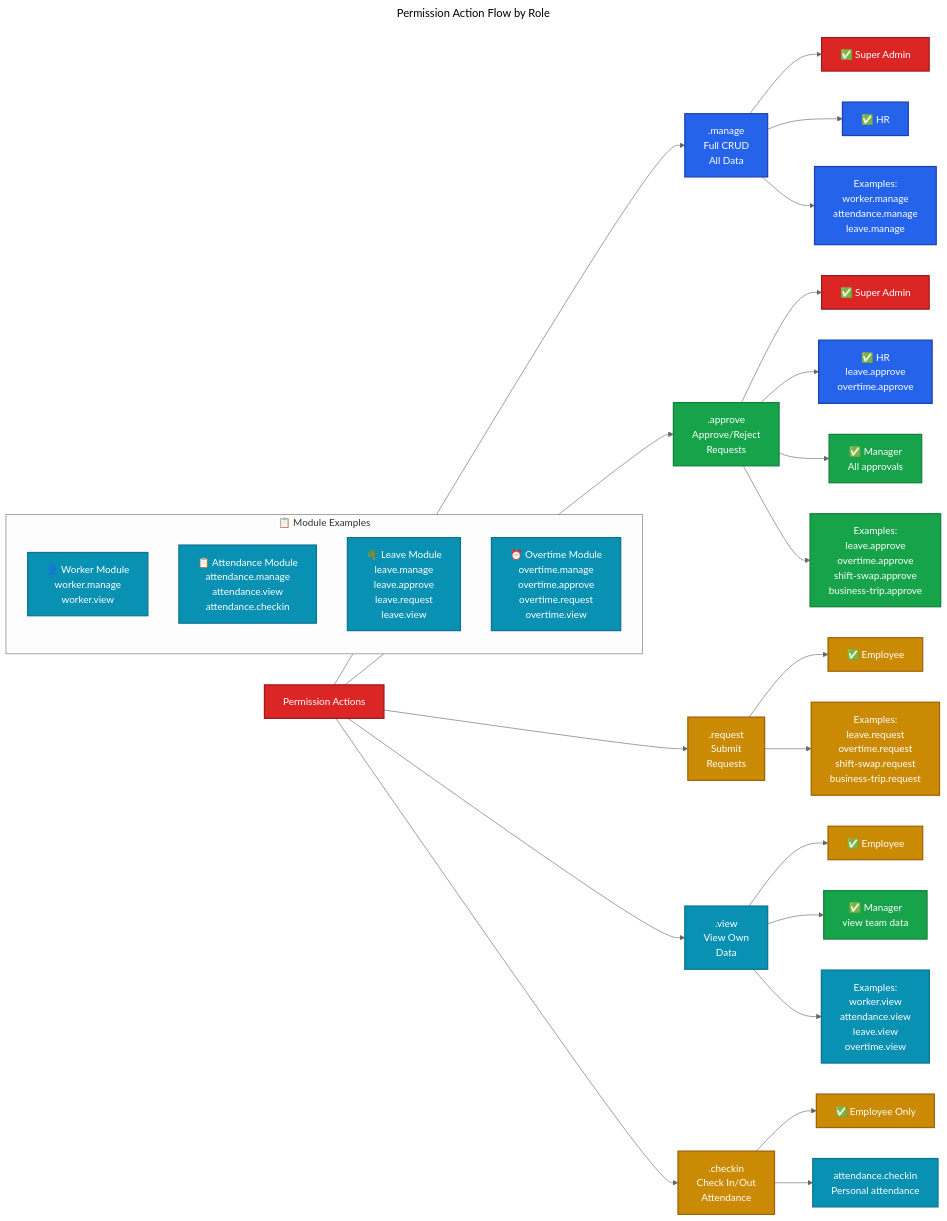
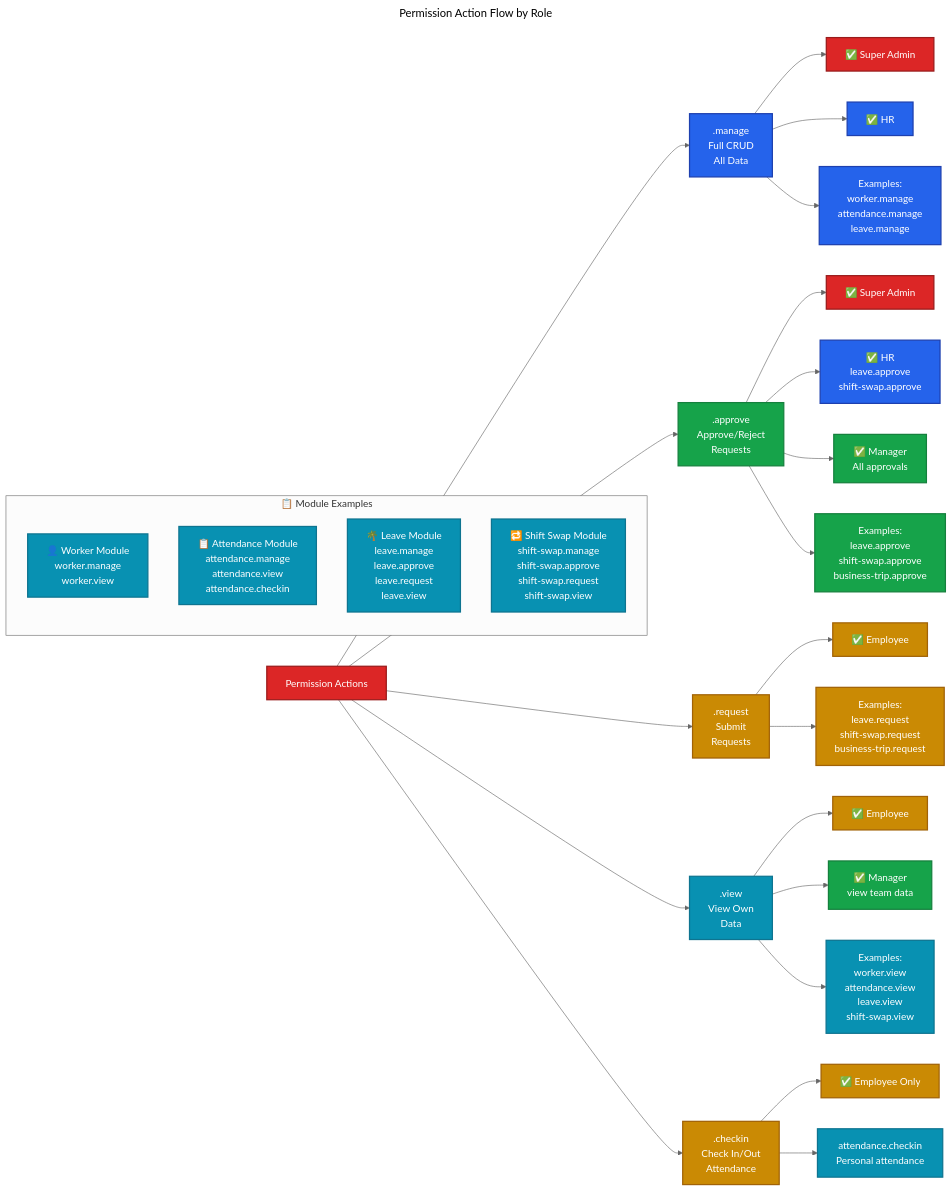
The diagram in docs/permission-actions.mermaid (SulaimanHafi23/SimpegRSHDI), drawn with Mermaid (neutral theme) before and after one commit. The commit also changed 183 other files, not shown here.

First line of the commit message:
feat(ui): standarisasi approval flow, gabungkan kalender ke jadwal, dan rapikan modul employee

````diff
--- a/docs/permission-actions.mermaid
+++ b/docs/permission-actions.mermaid
@@ -1,51 +1,51 @@
 ```mermaid
 ---
 title: Permission Action Flow by Role
 ---
 flowchart LR
     %% Styles
     classDef admin fill:#dc2626,stroke:#991b1b,color:#fff,stroke-width:2px
     classDef manage fill:#2563eb,stroke:#1e40af,color:#fff,stroke-width:2px
     classDef approve fill:#16a34a,stroke:#15803d,color:#fff,stroke-width:2px
     classDef request fill:#ca8a04,stroke:#a16207,color:#fff,stroke-width:2px
     classDef view fill:#0891b2,stroke:#0e7490,color:#fff,stroke-width:2px
-    
+
     %% Permission Actions
     START["Permission Actions"]:::admin
-    
+
     %% Five Main Actions
     START --> MANAGE[".manage<br/>Full CRUD<br/>All Data"]:::manage
     START --> APPROVE[".approve<br/>Approve/Reject<br/>Requests"]:::approve
     START --> REQUEST[".request<br/>Submit<br/>Requests"]:::request
     START --> VIEW[".view<br/>View Own<br/>Data"]:::view
     START --> CHECKIN[".checkin<br/>Check In/Out<br/>Attendance"]:::request
-    
+
     %% Who Can Use Each Action
     MANAGE --> M_SA["✅ Super Admin"]:::admin
     MANAGE --> M_HR["✅ HR"]:::manage
     MANAGE --> M_NOTE["Examples:<br/>worker.manage<br/>attendance.manage<br/>leave.manage"]:::manage
-    
+
     APPROVE --> A_SA["✅ Super Admin"]:::admin
-    APPROVE --> A_HR["✅ HR<br/>leave.approve<br/>overtime.approve"]:::manage
+    APPROVE --> A_HR["✅ HR<br/>leave.approve<br/>shift-swap.approve"]:::manage
     APPROVE --> A_MGR["✅ Manager<br/>All approvals"]:::approve
-    APPROVE --> A_NOTE["Examples:<br/>leave.approve<br/>overtime.approve<br/>shift-swap.approve<br/>business-trip.approve"]:::approve
-    
+    APPROVE --> A_NOTE["Examples:<br/>leave.approve<br/>shift-swap.approve<br/>business-trip.approve"]:::approve
+
     REQUEST --> R_EMP["✅ Employee"]:::request
-    REQUEST --> R_NOTE["Examples:<br/>leave.request<br/>overtime.request<br/>shift-swap.request<br/>business-trip.request"]:::request
-    
+    REQUEST --> R_NOTE["Examples:<br/>leave.request<br/>shift-swap.request<br/>business-trip.request"]:::request
+
     VIEW --> V_EMP["✅ Employee"]:::request
     VIEW --> V_MGR["✅ Manager<br/>view team data"]:::approve
-    VIEW --> V_NOTE["Examples:<br/>worker.view<br/>attendance.view<br/>leave.view<br/>overtime.view"]:::view
-    
+    VIEW --> V_NOTE["Examples:<br/>worker.view<br/>attendance.view<br/>leave.view<br/>shift-swap.view"]:::view
+
     CHECKIN --> C_EMP["✅ Employee Only"]:::request
     CHECKIN --> C_NOTE["attendance.checkin<br/>Personal attendance"]:::view
-    
+
     %% Module Examples
     subgraph EXAMPLES["📋 Module Examples"]
         direction TB
         EX_WORKER["👤 Worker Module<br/>worker.manage<br/>worker.view"]:::view
         EX_ATT["📋 Attendance Module<br/>attendance.manage<br/>attendance.view<br/>attendance.checkin"]:::view
         EX_LEAVE["🌴 Leave Module<br/>leave.manage<br/>leave.approve<br/>leave.request<br/>leave.view"]:::view
-        EX_OT["⏰ Overtime Module<br/>overtime.manage<br/>overtime.approve<br/>overtime.request<br/>overtime.view"]:::view
+        EX_SWAP["🔁 Shift Swap Module<br/>shift-swap.manage<br/>shift-swap.approve<br/>shift-swap.request<br/>shift-swap.view"]:::view
     end
 ```
````
